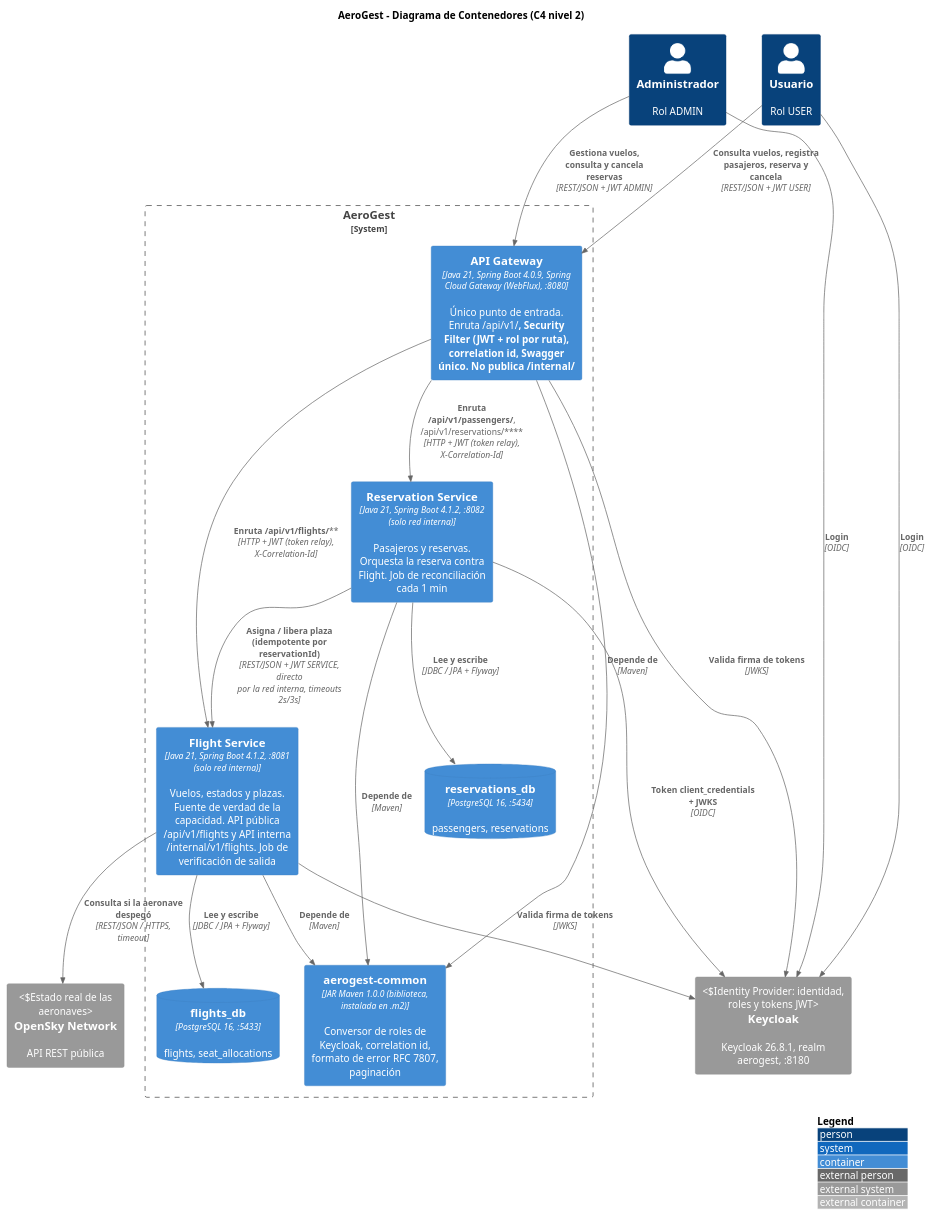
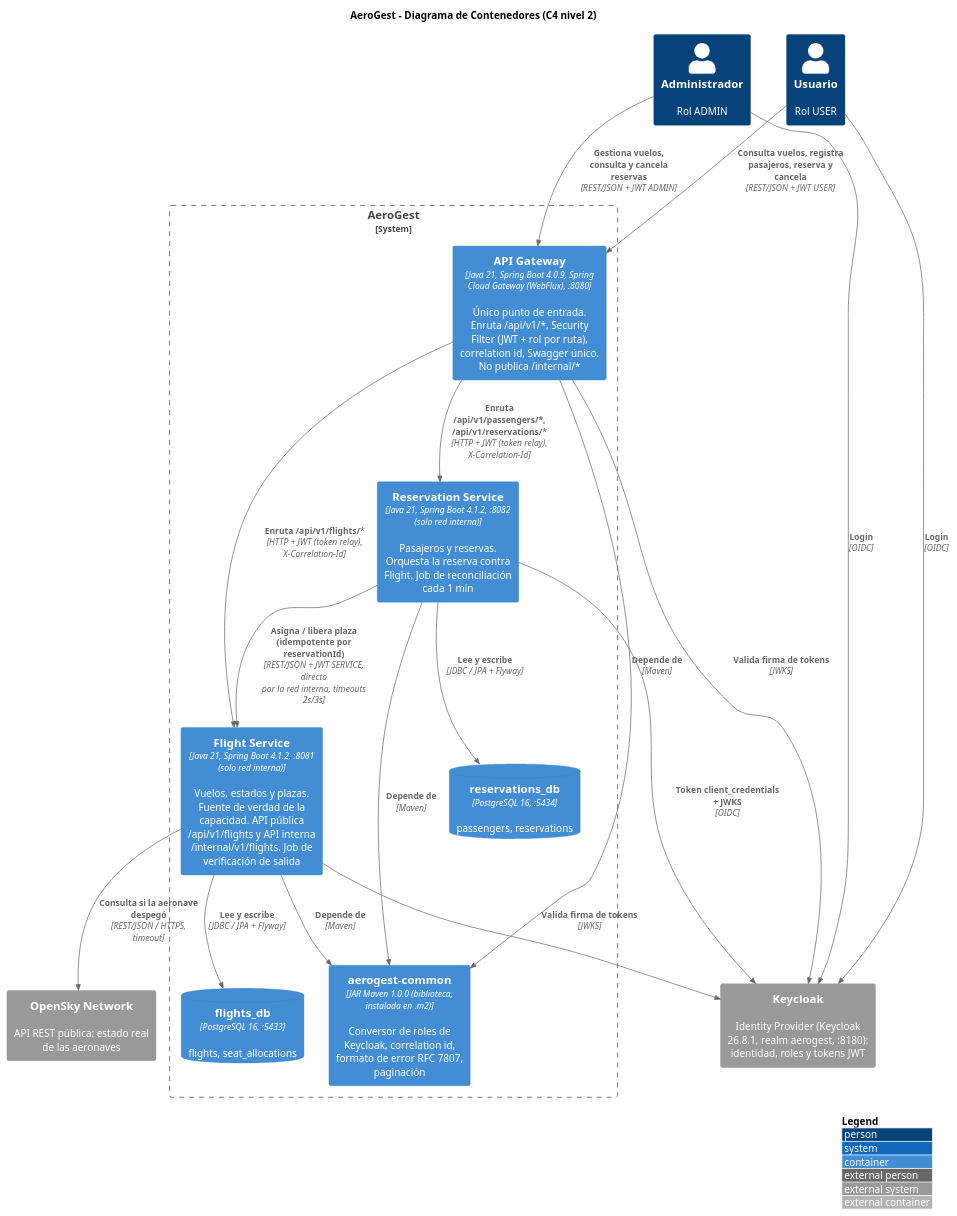
One commit to aguss0/AeroGest changed the fourth of 6 diagrams in docs/propuesta-tpi-2026-v2.md. Above: the diagram before and after it, drawn with PlantUML. The commit also changed other lines of this file and 27 other files, not shown here.

````diff
--- a/docs/propuesta-tpi-2026-v2.md
+++ b/docs/propuesta-tpi-2026-v2.md
@@ -321,42 +320,42 @@
 ```plantuml
 @startuml C4_Contenedores_AeroGest
 !include <C4/C4_Container>
 LAYOUT_WITH_LEGEND()
 title AeroGest - Diagrama de Contenedores (C4 nivel 2)
 
 Person(admin, "Administrador", "Rol ADMIN")
 Person(user, "Usuario", "Rol USER")
-System_Ext(keycloak, "Keycloak", "Keycloak 26.8.1, realm aerogest, :8180", "Identity Provider: identidad, roles y tokens JWT")
-System_Ext(opensky, "OpenSky Network", "API REST pública", "Estado real de las aeronaves")
+System_Ext(keycloak, "Keycloak", "Identity Provider (Keycloak 26.8.1, realm aerogest, :8180): identidad, roles y tokens JWT")
+System_Ext(opensky, "OpenSky Network", "API REST pública: estado real de las aeronaves")
 
 System_Boundary(aerogest, "AeroGest") {
-    Container(gateway, "API Gateway", "Java 21, Spring Boot 4.0.9, Spring Cloud Gateway (WebFlux), :8080", "Único punto de entrada. Enruta /api/v1/**, Security Filter (JWT + rol por ruta), correlation id, Swagger único. No publica /internal/**")
+    Container(gateway, "API Gateway", "Java 21, Spring Boot 4.0.9, Spring Cloud Gateway (WebFlux), :8080", "Único punto de entrada. Enruta /api/v1/*, Security Filter (JWT + rol por ruta), correlation id, Swagger único. No publica /internal/*")
     Container(flight, "Flight Service", "Java 21, Spring Boot 4.1.2, :8081 (solo red interna)", "Vuelos, estados y plazas. Fuente de verdad de la capacidad. API pública /api/v1/flights y API interna /internal/v1/flights. Job de verificación de salida")
     Container(reservation, "Reservation Service", "Java 21, Spring Boot 4.1.2, :8082 (solo red interna)", "Pasajeros y reservas. Orquesta la reserva contra Flight. Job de reconciliación cada 1 min")
     Container(common, "aerogest-common", "JAR Maven 1.0.0 (biblioteca, instalada en .m2)", "Conversor de roles de Keycloak, correlation id, formato de error RFC 7807, paginación")
     ContainerDb(flightsDb, "flights_db", "PostgreSQL 16, :5433", "flights, seat_allocations")
     ContainerDb(reservationsDb, "reservations_db", "PostgreSQL 16, :5434", "passengers, reservations")
 }
 
 Rel(admin, keycloak, "Login", "OIDC")
 Rel(user, keycloak, "Login", "OIDC")
 Rel(admin, gateway, "Gestiona vuelos, consulta y cancela reservas", "REST/JSON + JWT ADMIN")
 Rel(user, gateway, "Consulta vuelos, registra pasajeros, reserva y cancela", "REST/JSON + JWT USER")
 
-Rel(gateway, flight, "Enruta /api/v1/flights/**", "HTTP + JWT (token relay), X-Correlation-Id")
-Rel(gateway, reservation, "Enruta /api/v1/passengers/**, /api/v1/reservations/**", "HTTP + JWT (token relay), X-Correlation-Id")
+Rel(gateway, flight, "Enruta /api/v1/flights/*", "HTTP + JWT (token relay), X-Correlation-Id")
+Rel(gateway, reservation, "Enruta /api/v1/passengers/*, /api/v1/reservations/*", "HTTP + JWT (token relay), X-Correlation-Id")
 Rel(gateway, keycloak, "Valida firma de tokens", "JWKS")
 
 Rel(reservation, flight, "Asigna / libera plaza (idempotente por reservationId)", "REST/JSON + JWT SERVICE, directo por la red interna, timeouts 2s/3s")
 Rel(reservation, keycloak, "Token client_credentials + JWKS", "OIDC")
 Rel(flight, keycloak, "Valida firma de tokens", "JWKS")
 Rel(flight, opensky, "Consulta si la aeronave despegó", "REST/JSON / HTTPS, timeout")
 
 Rel(flight, flightsDb, "Lee y escribe", "JDBC / JPA + Flyway")
 Rel(reservation, reservationsDb, "Lee y escribe", "JDBC / JPA + Flyway")
 
 Rel(gateway, common, "Depende de", "Maven")
 Rel(flight, common, "Depende de", "Maven")
 Rel(reservation, common, "Depende de", "Maven")
 @enduml
 ```
````
